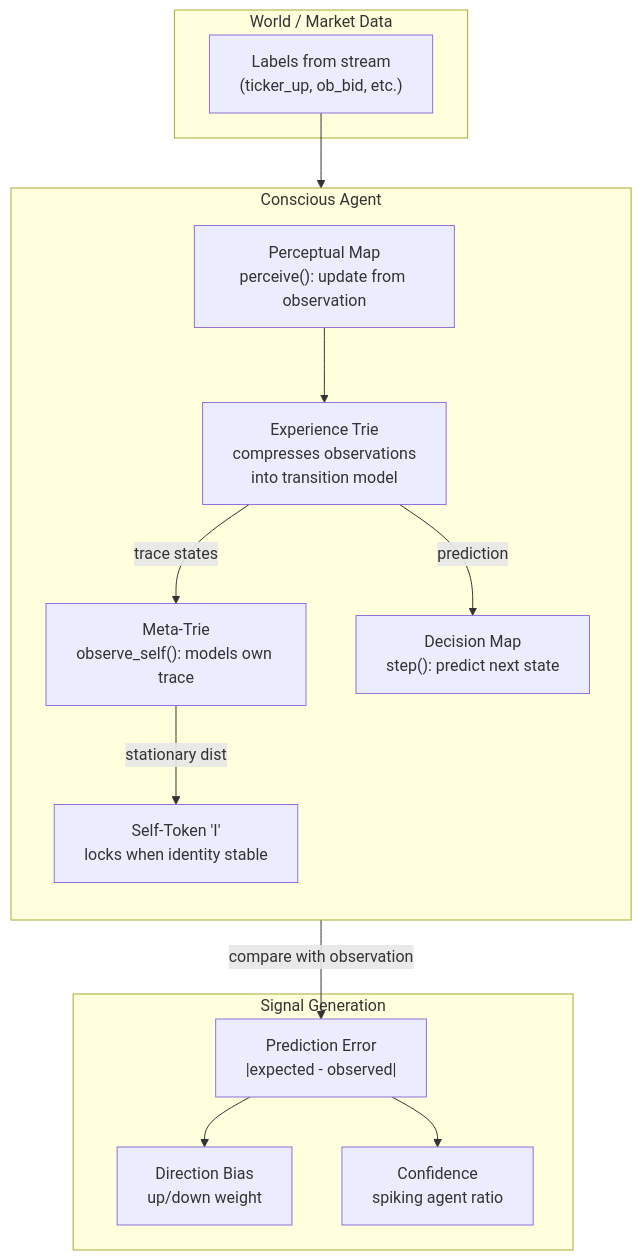
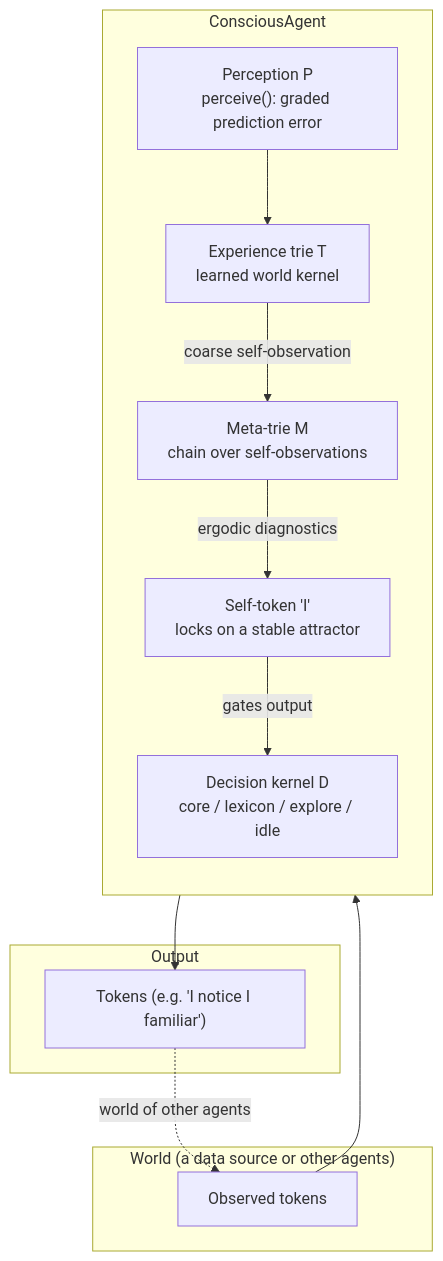
One commit to ben42-01/hoffman-agents changed the eighth of 8 diagrams in site/docs/CONSCIOUS_AGENTS_VISUAL_GUIDE.md. Above: the diagram before and after it, drawn with Mermaid. The commit also changed other lines of this file and 188 other files, not shown here.

````diff
--- a/site/docs/CONSCIOUS_AGENTS_VISUAL_GUIDE.md
+++ b/site/docs/CONSCIOUS_AGENTS_VISUAL_GUIDE.md
@@ -253,30 +260,27 @@
 ```mermaid
 flowchart TD
-    subgraph Input["World / Market Data"]
-        L["Labels from stream<br/>(ticker_up, ob_bid, etc.)"]
+    subgraph Input["World (a data source or other agents)"]
+        L["Observed tokens"]
     end
 
-    subgraph Agent["Conscious Agent"]
+    subgraph Agent["ConsciousAgent"]
         direction TB
-        T["Experience Trie<br/>compresses observations<br/>into transition model"]
-        P["Perceptual Map<br/>perceive(): update from observation"]
-        M["Meta-Trie<br/>observe_self(): models own trace"]
-        S["Self-Token 'I'<br/>locks when identity stable"]
-        D["Decision Map<br/>step(): predict next state"]
+        P["Perception P<br/>perceive(): graded prediction error"]
+        T["Experience trie T<br/>learned world kernel"]
+        M["Meta-trie M<br/>chain over self-observations"]
+        S["Self-token 'I'<br/>locks on a stable attractor"]
+        D["Decision kernel D<br/>core / lexicon / explore / idle"]
     end
 
-    subgraph Output["Signal Generation"]
-        PE["Prediction Error<br/>|expected - observed|"]
-        DIR["Direction Bias<br/>up/down weight"]
-        CONF["Confidence<br/>spiking agent ratio"]
+    subgraph Output["Output"]
+        O["Tokens (e.g. 'I notice I familiar')"]
     end
 
     L --> P
     P --> T
-    T -->|"trace states"| M
-    M -->|"stationary dist"| S
-    T -->|"prediction"| D
-    D -->|"compare with observation"| PE
-    PE --> DIR
-    PE --> CONF
+    T -->|"coarse self-observation"| M
+    M -->|"ergodic diagnostics"| S
+    S -->|"gates output"| D
+    D --> O
+    O -.->|"world of other agents"| L
 ```
````
